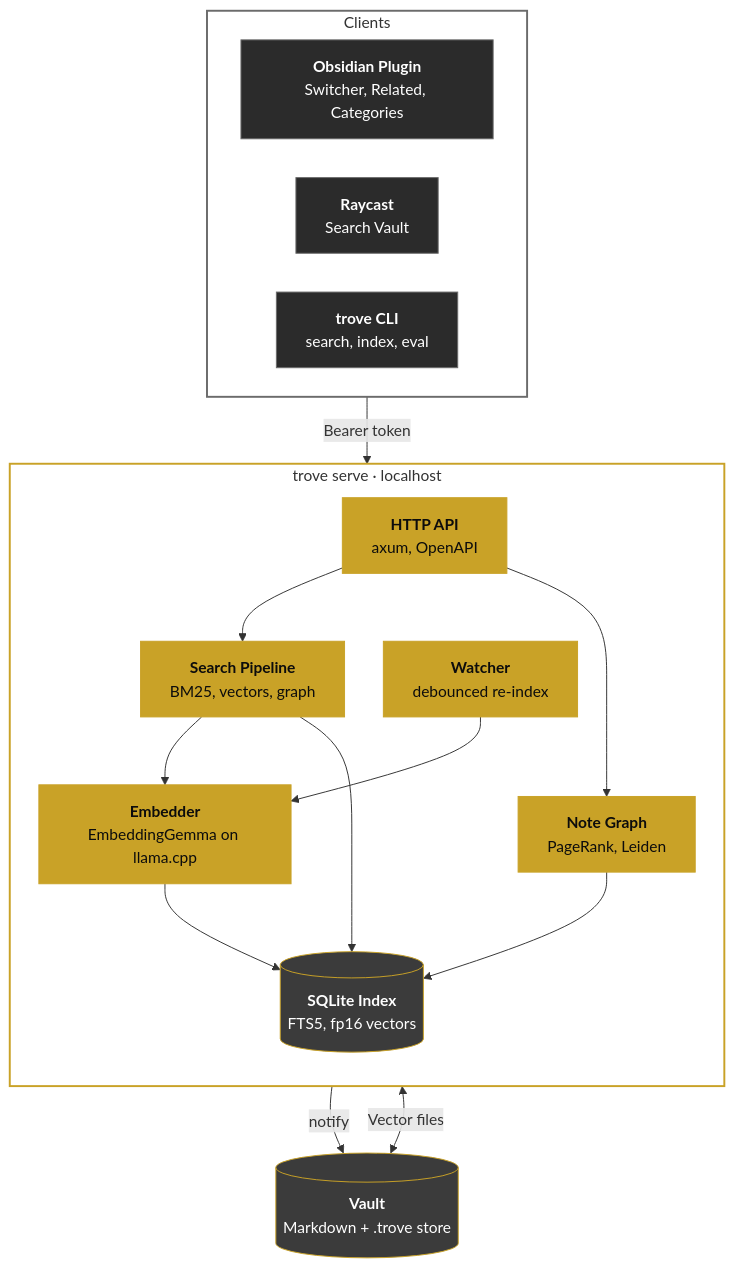
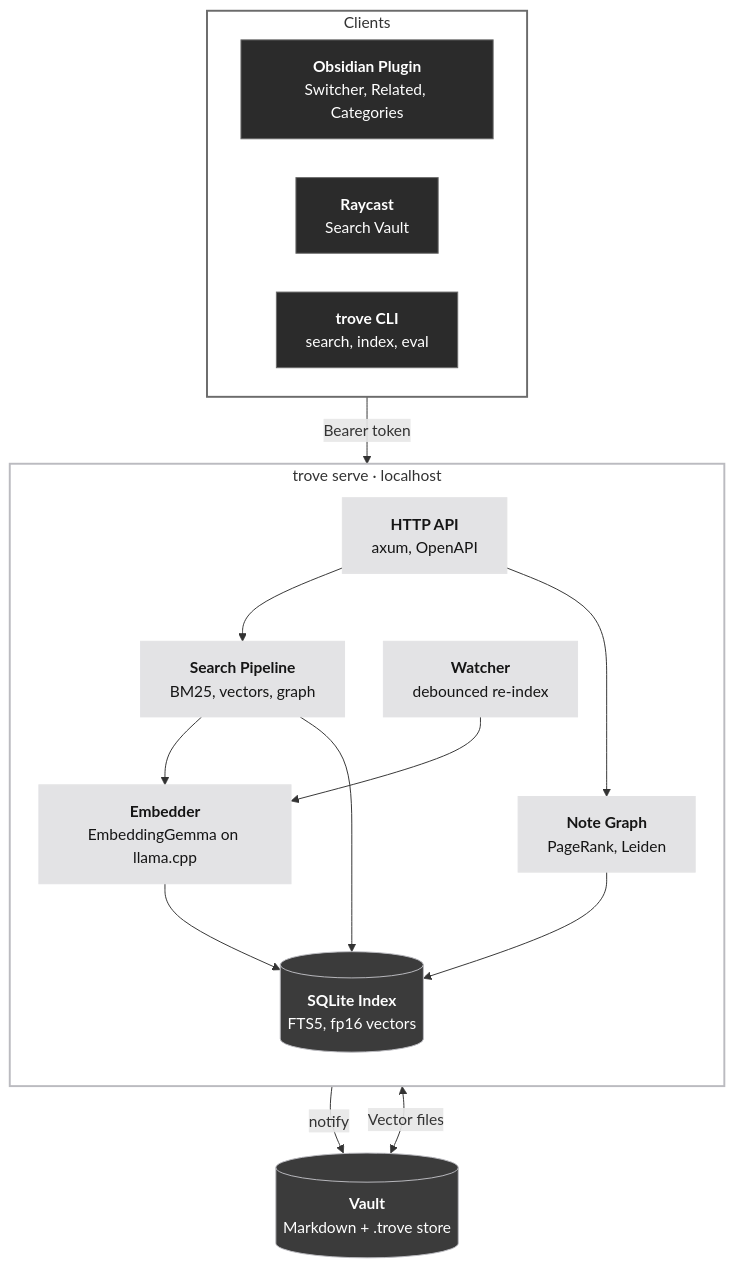
Before and after one commit to marioparaschiv/trove: the diagram in README.md, drawn with Mermaid. The commit also changed other lines of this file and 1 other file, not shown here.

````diff
--- a/README.md
+++ b/README.md
@@ -126,42 +128,42 @@
 ```mermaid
 %%{init: {"flowchart": {"nodeSpacing": 40, "rankSpacing": 45}}}%%
 flowchart TB
     subgraph Clients["Clients"]
         direction LR
         Obsidian["<b>Obsidian Plugin</b><br/>Switcher, Related, Categories"]
         Raycast["<b>Raycast</b><br/>Search Vault"]
         CLI["<b>trove CLI</b><br/>search, index, eval"]
     end
 
     subgraph Service["trove serve · localhost"]
         direction TB
         API["<b>HTTP API</b><br/>axum, OpenAPI"]
         Watcher["<b>Watcher</b><br/>debounced re-index"]
         Search["<b>Search Pipeline</b><br/>BM25, vectors, graph"]
         Graph["<b>Note Graph</b><br/>PageRank, Leiden"]
         Embedder["<b>Embedder</b><br/>EmbeddingGemma on llama.cpp"]
         Index[("<b>SQLite Index</b><br/>FTS5, fp16 vectors")]
         API --> Search
         API --> Graph
         Watcher --> Embedder
         Search --> Embedder
         Search --> Index
         Graph --> Index
         Embedder --> Index
     end
 
     Vault[("<b>Vault</b><br/>Markdown + .trove store")]
 
     Clients -->|Bearer token| API
     Watcher -->|notify| Vault
     Index <-->|Vector files| Vault
 
     classDef client fill:#2b2b2b,stroke:#6b6b6b,color:#ffffff
-    classDef core fill:#c9a227,stroke:#c9a227,color:#0c0c0c
-    classDef data fill:#3b3b3b,stroke:#c9a227,color:#ffffff
+    classDef core fill:#e3e3e5,stroke:#e3e3e5,color:#151515
+    classDef data fill:#3b3b3b,stroke:#bbbbc0,color:#ffffff
     class Obsidian,Raycast,CLI client
     class API,Watcher,Search,Graph,Embedder core
     class Index,Vault data
     style Clients fill:transparent,stroke:#6b6b6b,stroke-width:2px
-    style Service fill:transparent,stroke:#c9a227,stroke-width:2px
+    style Service fill:transparent,stroke:#bbbbc0,stroke-width:2px
 ```
````
